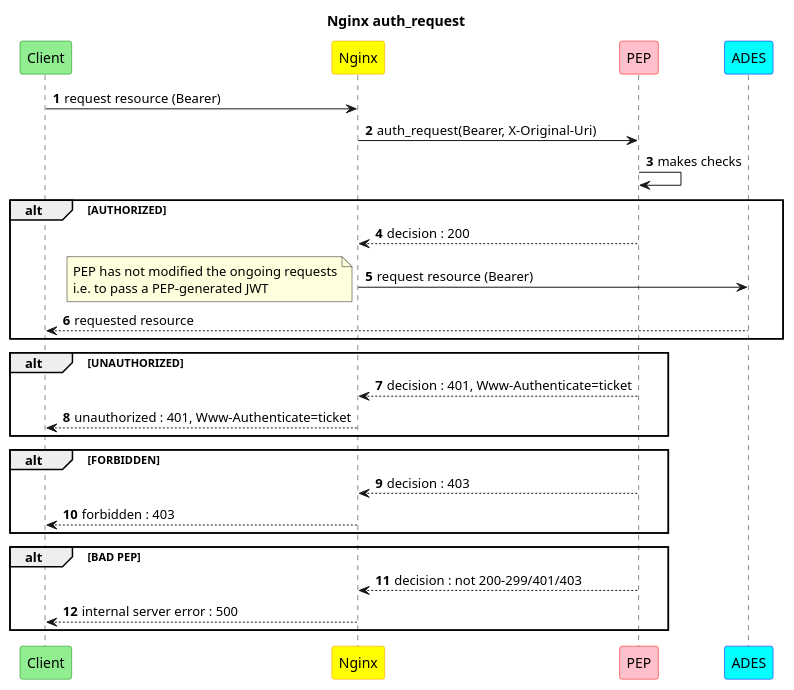
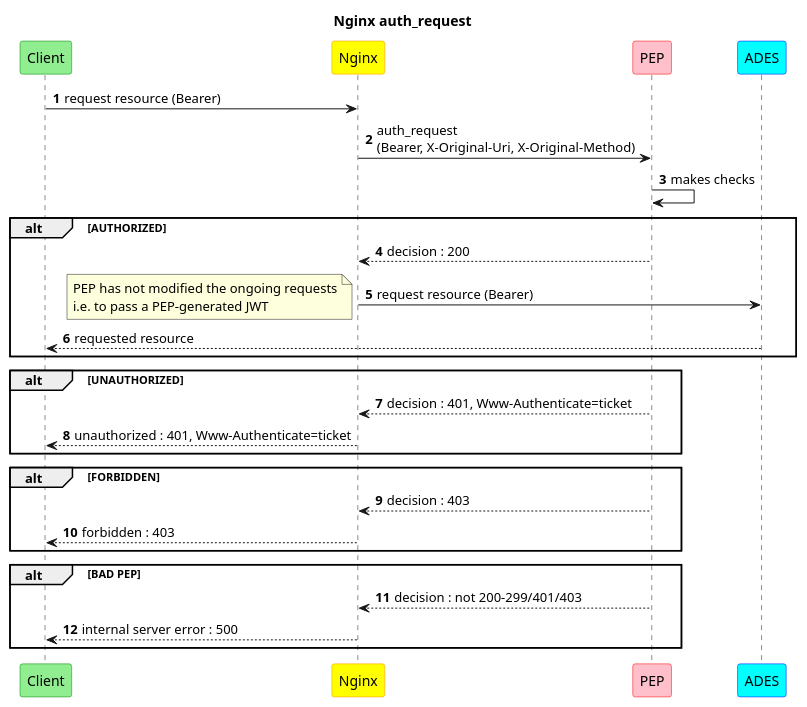
Before and after one commit to rconway/peptest: the diagram in uml/nginx-auth_request-seq.puml, drawn with PlantUML. The commit also changed 1 other file, not shown here.

Commit message:
Added passing of 'X-Original-Method' header to pep

```diff
--- a/uml/nginx-auth_request-seq.puml
+++ b/uml/nginx-auth_request-seq.puml
@@ -1,55 +1,55 @@
 @startuml
 title Nginx auth_request
 
 hide stereotype
 
 skinparam participant<<client>> {
   BackgroundColor LightGreen
   BorderColor Green
 }
 skinparam participant<<nginx>> {
   BackgroundColor Yellow
   BorderColor DarkOrange
 }
 skinparam participant<<pep>> {
   BackgroundColor Pink
   BorderColor Red
 }
 skinparam participant<<ades>> {
   BackgroundColor Cyan
   BorderColor Blue
 }
 
 participant "Client" as client<<client>> order 10
 participant "Nginx" as nginx<<nginx>> order 20
 participant "PEP" as pep<<pep>> order 30
 participant "ADES" as ades<<ades>> order 40
 
 autonumber
 client -> nginx : request resource (Bearer)
-nginx -> pep : auth_request(Bearer, X-Original-Uri)
+nginx -> pep : auth_request\n(Bearer, X-Original-Uri, X-Original-Method)
 pep -> pep : makes checks
 
 alt AUTHORIZED
   nginx <-- pep : decision : 200
   nginx -> ades : request resource (Bearer)
   note left: PEP has not modified the ongoing requests\ni.e. to pass a PEP-generated JWT
   client <-- ades : requested resource
 end
 
 alt UNAUTHORIZED
   nginx <-- pep : decision : 401, Www-Authenticate=ticket
   client <-- nginx : unauthorized : 401, Www-Authenticate=ticket
 end
 
 alt FORBIDDEN
   nginx <-- pep : decision : 403
   client <-- nginx : forbidden : 403
 end
 
 alt BAD PEP
   nginx <-- pep : decision : not 200-299/401/403
   client <-- nginx : internal server error : 500
 end
 
 @enduml
```
